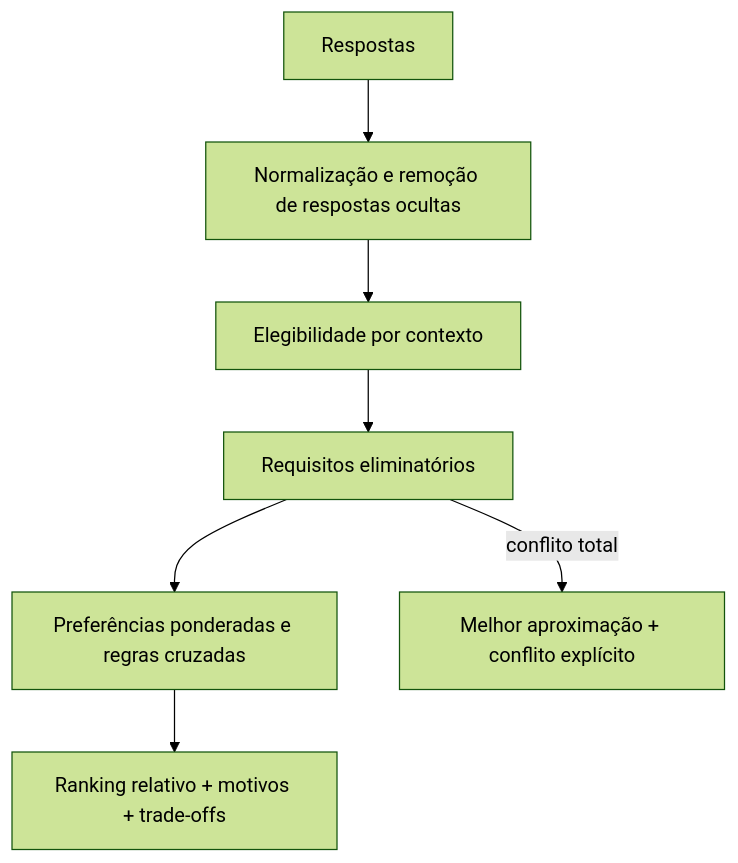
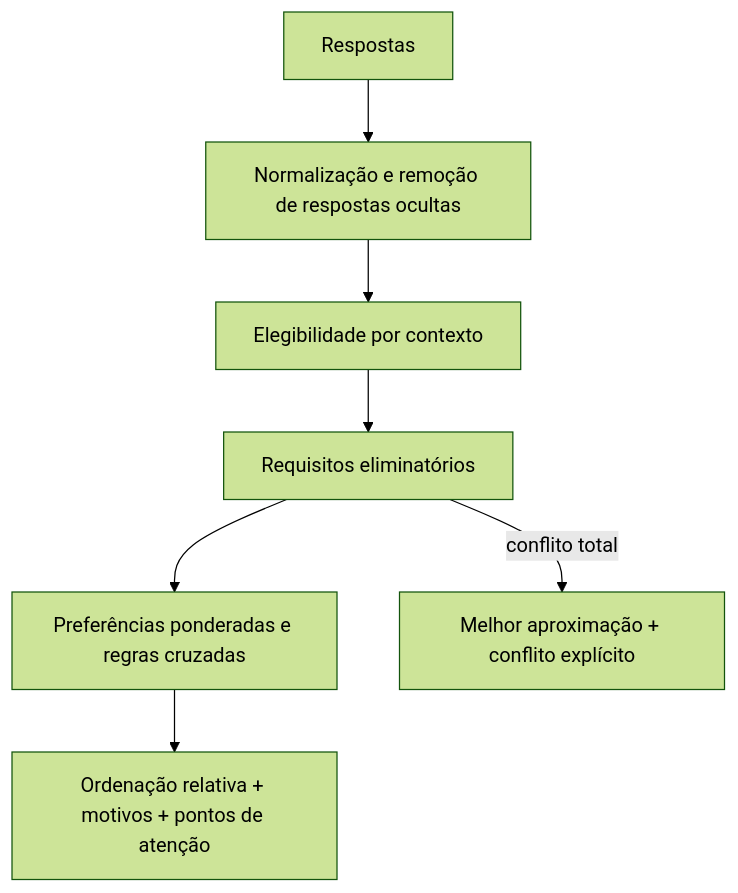
Before and after one commit to Diego-Ch4m4X/Linux_Distro_Advisor: diagram 15 of 15 in README.md, drawn with Mermaid (forest theme). The commit also changed other lines of this file and 3 other files, not shown here.

````diff
--- a/README.md
+++ b/README.md
@@ -2089,9 +2104,9 @@
 ```mermaid
 flowchart TD
     A["Respostas"] --> B["Normalização e remoção de respostas ocultas"]
     B --> C["Elegibilidade por contexto"]
     C --> D["Requisitos eliminatórios"]
     D --> E["Preferências ponderadas e regras cruzadas"]
-    E --> F["Ranking relativo + motivos + trade-offs"]
+    E --> F["Ordenação relativa + motivos + pontos de atenção"]
     D -->|"conflito total"| G["Melhor aproximação + conflito explícito"]
 ```
````
